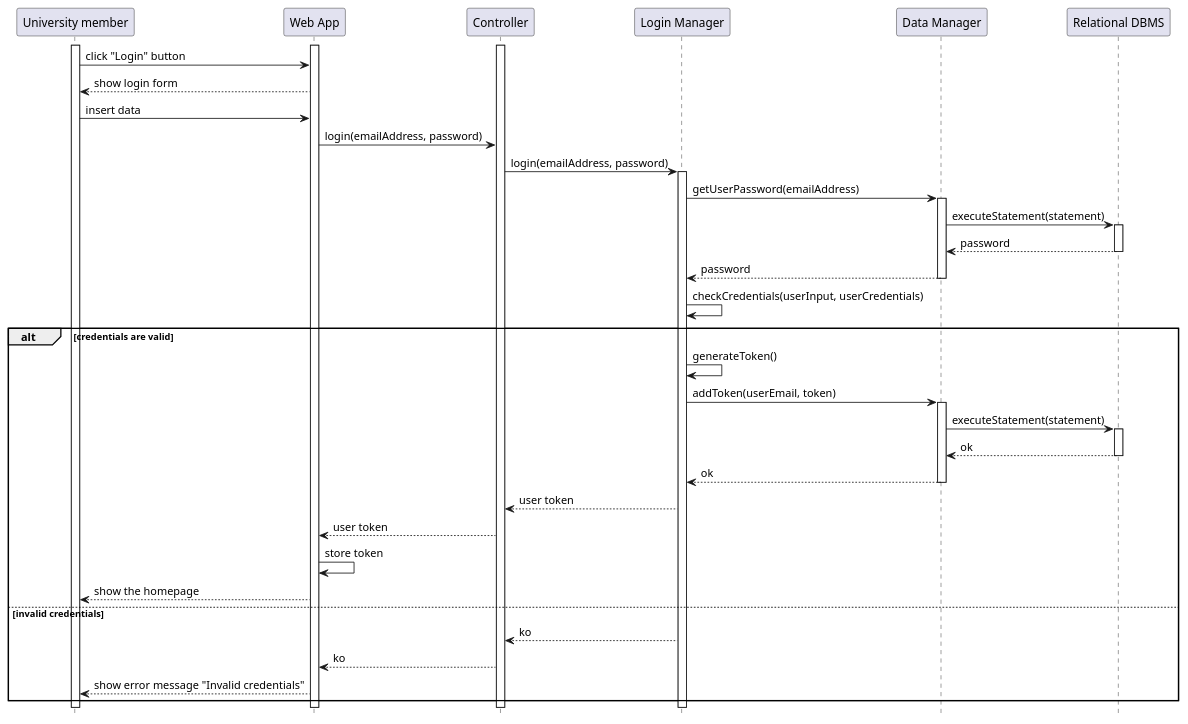
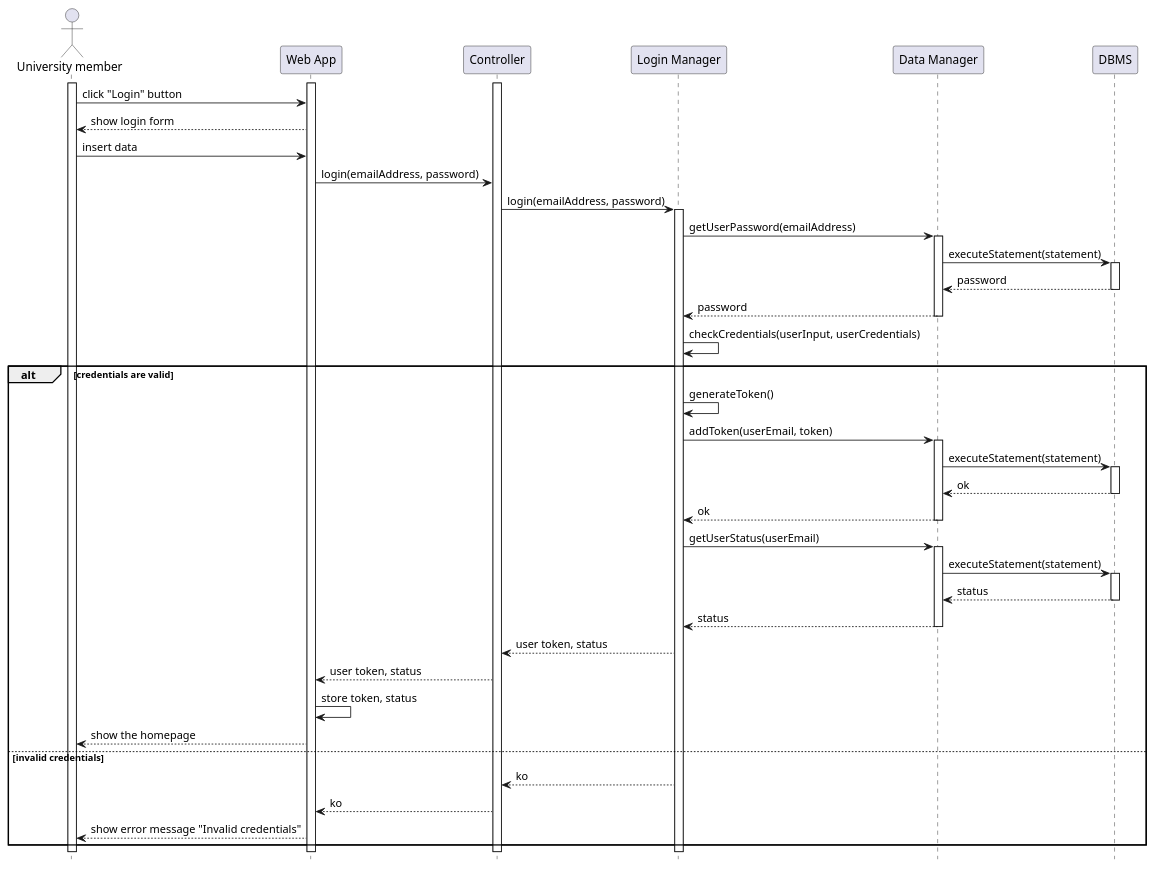
The diagram in DD/Architectural_design/uml_diagrams/RV4_diagram.puml (matti8702/R_and_DD_project_SE2), drawn with PlantUML before and after one commit. The commit also changed 9 other files, not shown here.

```diff
--- a/DD/Architectural_design/uml_diagrams/RV4_diagram.puml
+++ b/DD/Architectural_design/uml_diagrams/RV4_diagram.puml
@@ -1,50 +1,60 @@
 @startuml RV4_diagram
 hide footbox
 
-participant "University member" as UM
+actor "University member" as UM
 participant "Web App" as W
 participant "Controller" as C
 participant "Login Manager" as L
 participant "Data Manager" as DM
-participant "Relational DBMS" as RD
+participant "DBMS" as RD
 
 activate UM
 activate W
 activate C
 UM -> W: click "Login" button
 W --> UM: show login form
 UM -> W: insert data
 W -> C: login(emailAddress, password)
 C -> L: login(emailAddress, password)
 activate L
 L -> DM: getUserPassword(emailAddress)
 activate DM
 DM -> RD: executeStatement(statement)
 activate RD
 RD --> DM: password
 deactivate RD
 DM --> L: password
 deactivate DM
 L -> L: checkCredentials(userInput, userCredentials)
 
 alt credentials are valid
     L -> L: generateToken()
     L -> DM: addToken(userEmail, token)
     activate DM
     DM -> RD: executeStatement(statement)
     activate RD
     RD --> DM: ok
     deactivate RD
     DM --> L: ok
     deactivate DM
-    L --> C: user token
-    C --> W: user token
-    W -> W: store token
+
+    L -> DM: getUserStatus(userEmail)
+    activate DM
+    DM -> RD: executeStatement(statement)
+    activate RD
+    RD --> DM: status
+    deactivate RD
+    DM --> L: status
+    deactivate DM
+
+    L --> C: user token, status
+    C --> W: user token, status
+    W -> W: store token, status
     W --> UM: show the homepage
 else invalid credentials
     L --> C: ko
     C --> W: ko
     W --> UM: show error message "Invalid credentials"
 end
 
 @enduml
```
